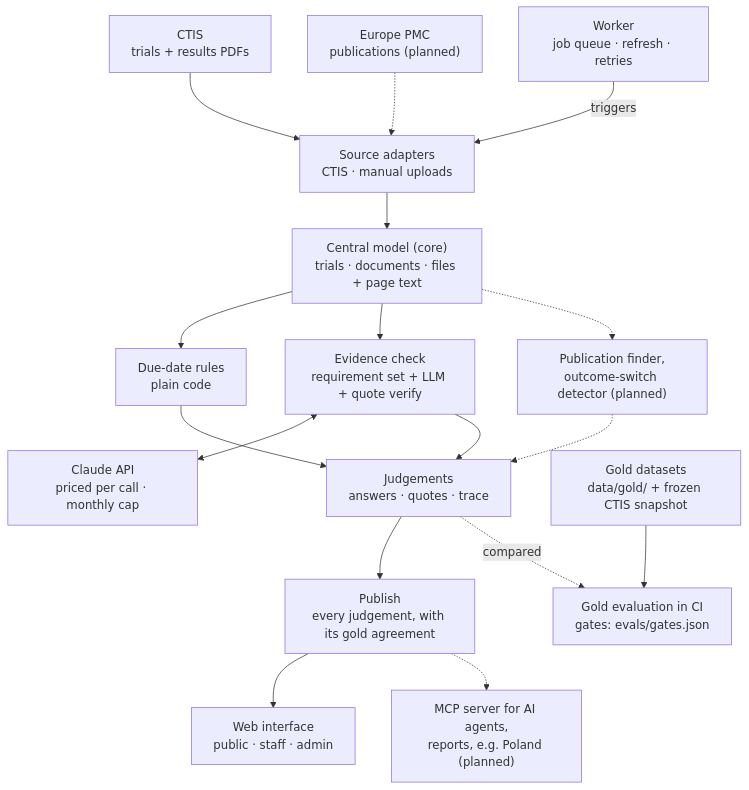
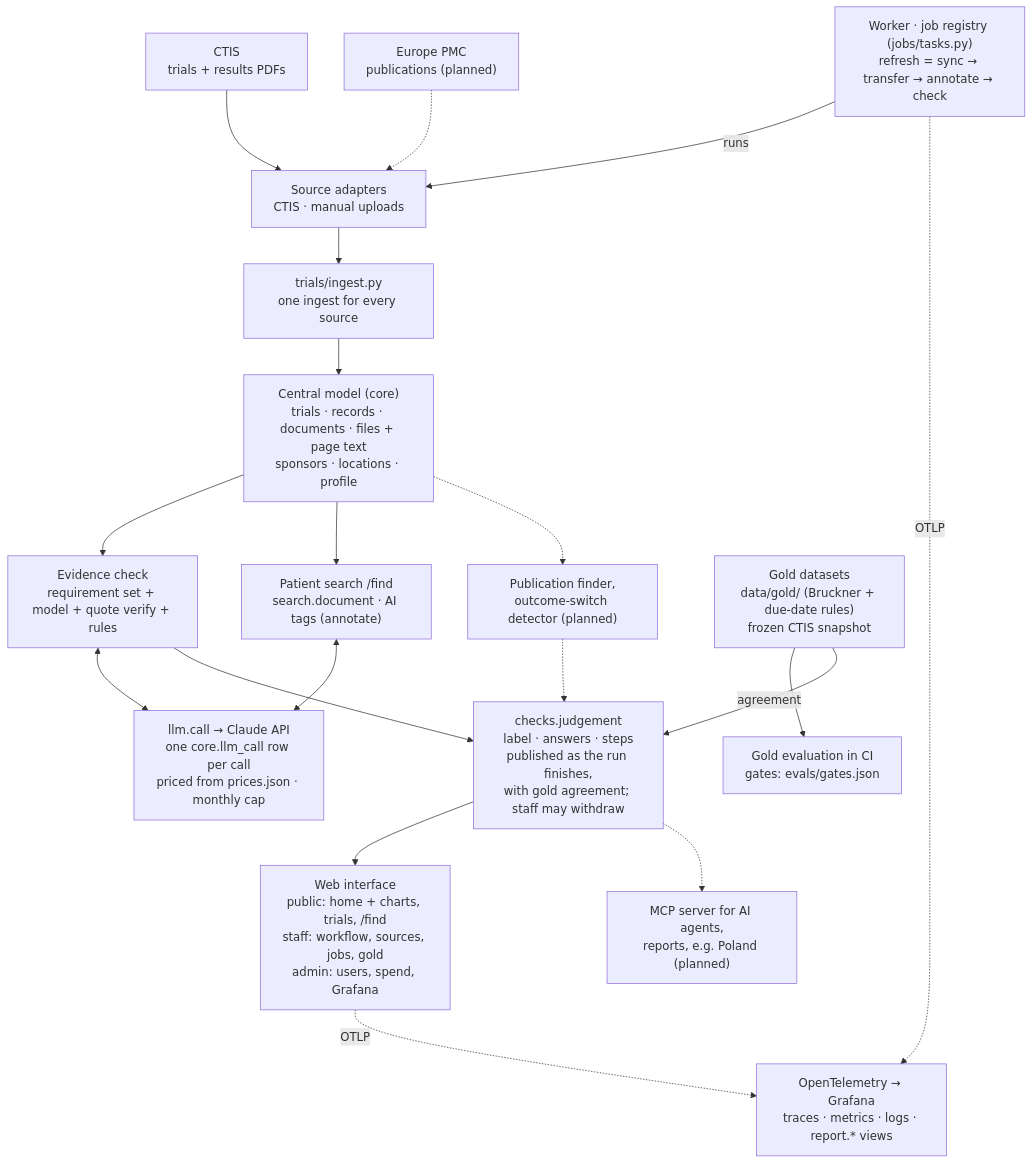
One commit to shmarlya/trialwatch changed the first of 3 diagrams in docs/checks.md. Above: the diagram before and after it, drawn with Mermaid. The commit also changed other lines of this file and 6 other files, not shown here.

First line of the commit message:
docs: diagrams match the code, deploy from the image, plain style wording

````diff
--- a/docs/checks.md
+++ b/docs/checks.md
@@ -10,19 +10,21 @@
 ```mermaid
 flowchart TB
     ctis["CTIS<br>trials + results PDFs"] --> adapters["Source adapters<br>CTIS · manual uploads"]
     epmc["Europe PMC<br>publications (planned)"] -.-> adapters
-    worker["Worker<br>job queue · refresh · retries"] -- "triggers" --> adapters
-    adapters --> core["Central model (core)<br>trials · documents · files + page text"]
-    core --> due["Due-date rules<br>plain code"]
-    core --> evidence["Evidence check<br>requirement set + LLM + quote verify"]
+    worker["Worker · job registry (jobs/tasks.py)<br>refresh = sync → transfer → annotate → check"] -- "runs" --> adapters
+    adapters --> ingest["trials/ingest.py<br>one ingest for every source"]
+    ingest --> core["Central model (core)<br>trials · records · documents · files + page text<br>sponsors · locations · profile"]
+    core --> evidence["Evidence check<br>requirement set + model + quote verify + rules"]
+    core --> search["Patient search /find<br>search.document · AI tags (annotate)"]
     core -.-> finder["Publication finder,<br>outcome-switch detector (planned)"]
-    evidence <--> claude["Claude API<br>priced per call · monthly cap"]
-    due --> judgements["Judgements<br>answers · quotes · trace"]
-    evidence --> judgements
+    evidence <--> llm["llm.call → Claude API<br>one core.llm_call row per call<br>priced from prices.json · monthly cap"]
+    search <--> llm
+    evidence --> judgements["checks.judgement<br>label · answers · steps<br>published as the run finishes,<br>with gold agreement; staff may withdraw"]
     finder -.-> judgements
-    judgements --> publish["Publish<br>every judgement, with its gold agreement"]
-    publish --> web["Web interface<br>public · staff · admin"]
-    publish -.-> planned["MCP server for AI agents,<br>reports, e.g. Poland (planned)"]
-    gold["Gold datasets<br>data/gold/ + frozen CTIS snapshot"] --> gold_eval["Gold evaluation in CI<br>gates: evals/gates.json"]
-    judgements -. "compared" .-> gold_eval
+    judgements --> web["Web interface<br>public: home + charts, trials, /find<br>staff: workflow, sources, jobs, gold<br>admin: users, spend, Grafana"]
+    judgements -.-> planned["MCP server for AI agents,<br>reports, e.g. Poland (planned)"]
+    gold["Gold datasets<br>data/gold/ (Bruckner + due-date rules)<br>frozen CTIS snapshot"] --> gold_eval["Gold evaluation in CI<br>gates: evals/gates.json"]
+    gold -- "agreement" --> judgements
+    worker -. "OTLP" .-> otel["OpenTelemetry → Grafana<br>traces · metrics · logs · report.* views"]
+    web -. "OTLP" .-> otel
 ```
````
